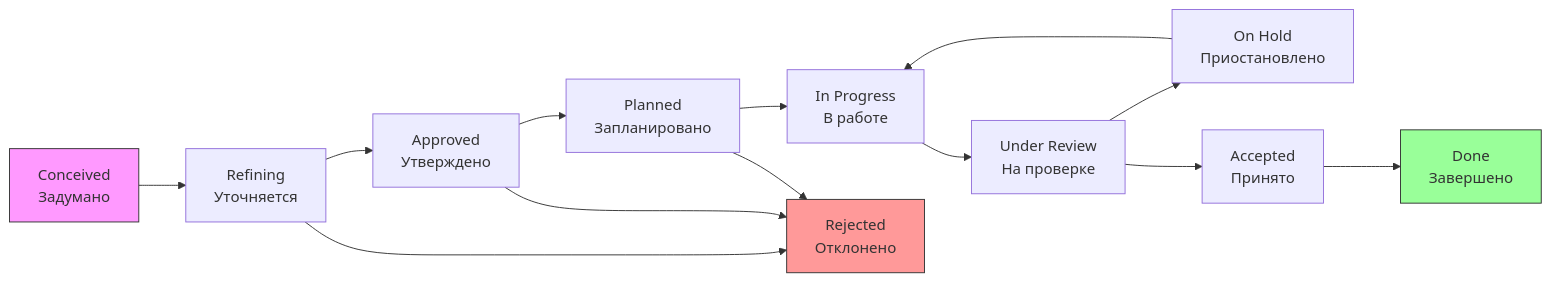
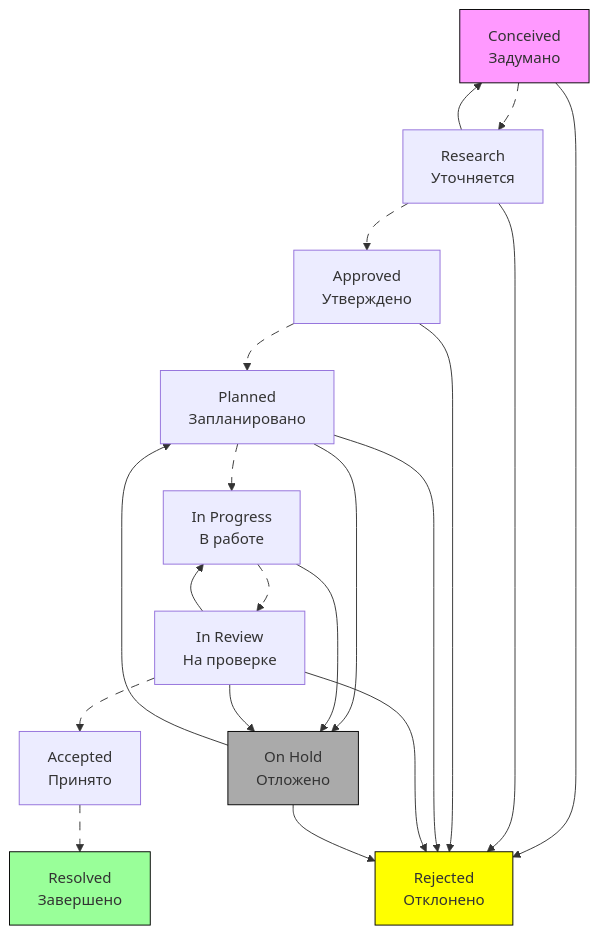
One commit to YaroslavMizgirev/my-jira changed the diagram in data-scheme/about workflow/epic-workflow.md. Above: the diagram before and after it, drawn with Mermaid. The commit also changed other lines of this file, not shown here.

Commit message:
Update Workflow для Epic

````diff
--- a/data-scheme/about workflow/epic-workflow.md
+++ b/data-scheme/about workflow/epic-workflow.md
@@ -3,20 +3,32 @@
 ```mermaid
-graph LR
-    A[Conceived<br/>Задумано] --> B[Refining<br/>Уточняется]
-    B --> C[Approved<br/>Утверждено]
-    C --> D[Planned<br/>Запланировано]
-    D --> E[In Progress<br/>В работе]
-    E --> F[Under Review<br/>На проверке]
-    F --> G[On Hold<br/>Приостановлено]
-    G --> E
-    F --> H[Accepted<br/>Принято]
-    H --> I[Done<br/>Завершено]
-    
-    B --> J[Rejected<br/>Отклонено]
+graph TD
+    A[Conceived<br/>Задумано] e1@--> B[Research<br/>Уточняется]
+    B --> A
+    B e2@--> C[Approved<br/>Утверждено]
+    C e3@--> D[Planned<br/>Запланировано]
+    D e4@--> E[In Progress<br/>В работе]
+    E e5@--> F[In Review<br/>На проверке]
+    F e6@--> H[Accepted<br/>Принято]
+    F --> E
+    H e7@--> I[Resolved<br/>Завершено]
+
+    A --> J[Rejected<br/>Отклонено]
+    B --> J
     C --> J
     D --> J
+    F --> J
+
+    D --> G[On Hold<br/>Отложено]
+    G --> D
+    E --> G
+    F --> G
+    G --> J
     
-    style A fill:#f9f,stroke:#333
-    style I fill:#9f9,stroke:#333
-    style J fill:#f99,stroke:#333
+    classDef animate stroke-dasharray: 9,5,stroke-dashoffset: 900,animation: dash 25s linear infinite;
+    class e1,e2,e3,e4,e5,e6,e7 animate
+    
+    style A fill:#f9f,stroke:#000
+    style I fill:#9f9,stroke:#000
+    style J fill:#ff0,stroke:#000
+    style G fill:#aaa,stroke:#000
 ```
````
